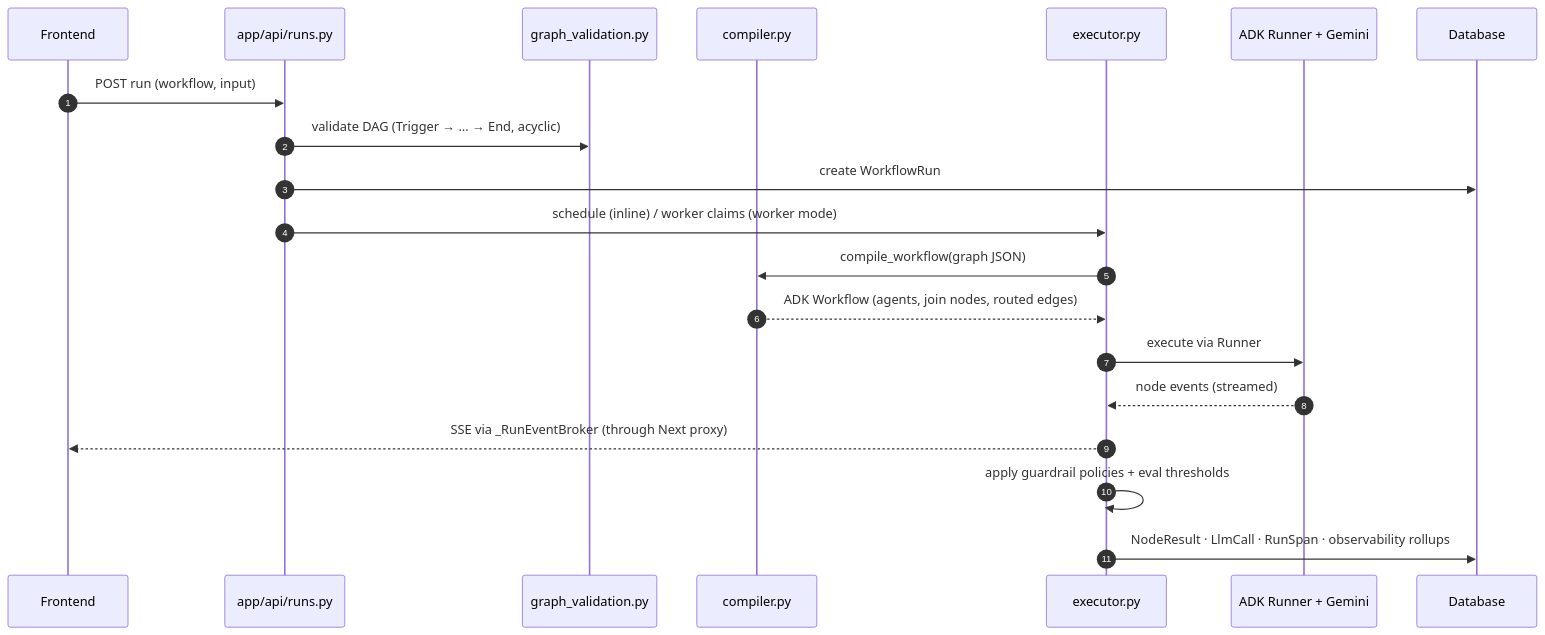
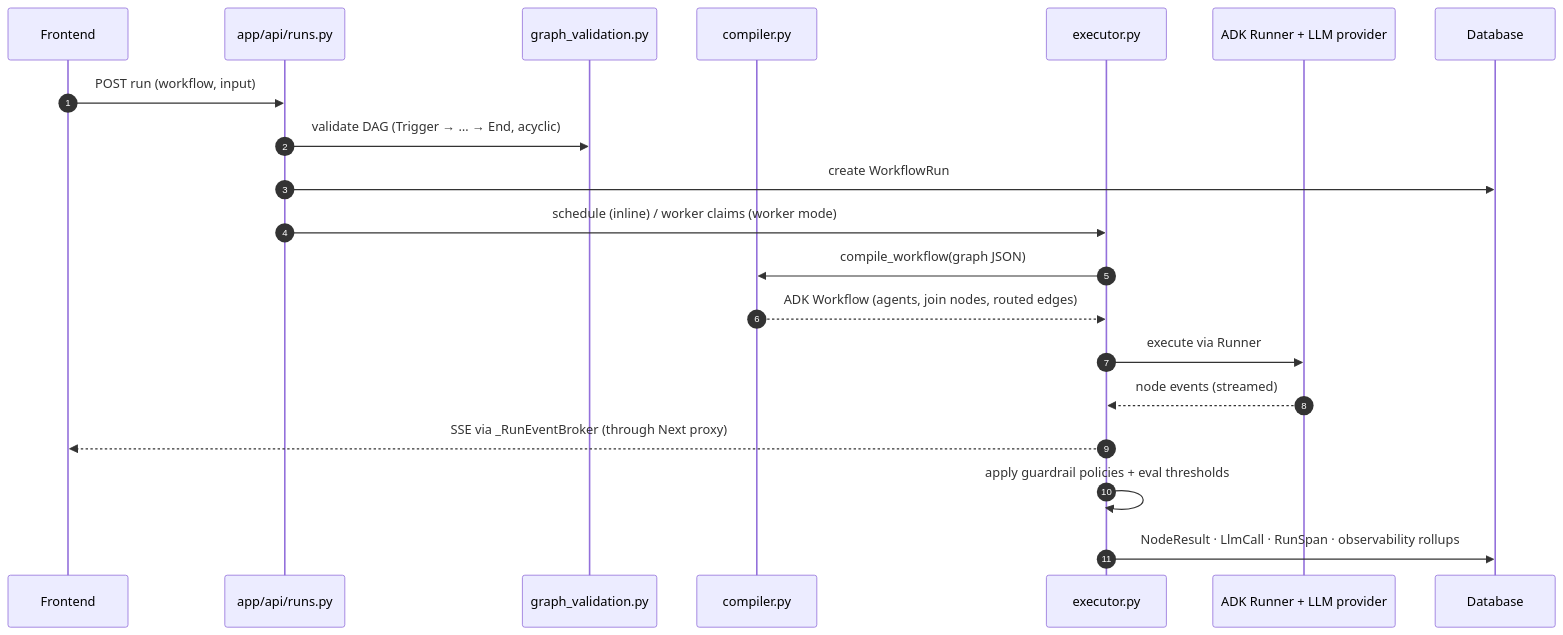
The second of 6 diagrams in docs/architecture.md (himanshu-nakrani/aegis), drawn with Mermaid before and after one commit. The commit also changed other lines of this file and 7 other files, not shown here.

First line of the commit message:
docs: reflect multi-provider LLM support across docs and env example

````diff
--- a/docs/architecture.md
+++ b/docs/architecture.md
@@ -50,23 +51,23 @@
 ```mermaid
 sequenceDiagram
     autonumber
     participant UI as Frontend
     participant API as app/api/runs.py
     participant VAL as graph_validation.py
     participant CMP as compiler.py
     participant EXE as executor.py
-    participant ADK as ADK Runner + Gemini
+    participant ADK as ADK Runner + LLM provider
     participant DB as Database
 
     UI->>API: POST run (workflow, input)
     API->>VAL: validate DAG (Trigger → … → End, acyclic)
     API->>DB: create WorkflowRun
     API->>EXE: schedule (inline) / worker claims (worker mode)
     EXE->>CMP: compile_workflow(graph JSON)
     CMP-->>EXE: ADK Workflow (agents, join nodes, routed edges)
     EXE->>ADK: execute via Runner
     ADK-->>EXE: node events (streamed)
     EXE-->>UI: SSE via _RunEventBroker (through Next proxy)
     EXE->>EXE: apply guardrail policies + eval thresholds
     EXE->>DB: NodeResult · LlmCall · RunSpan · observability rollups
 ```
````
